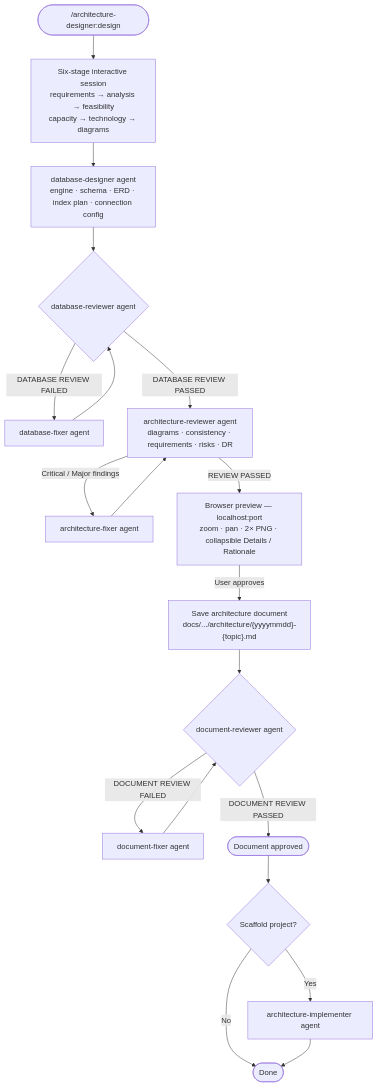
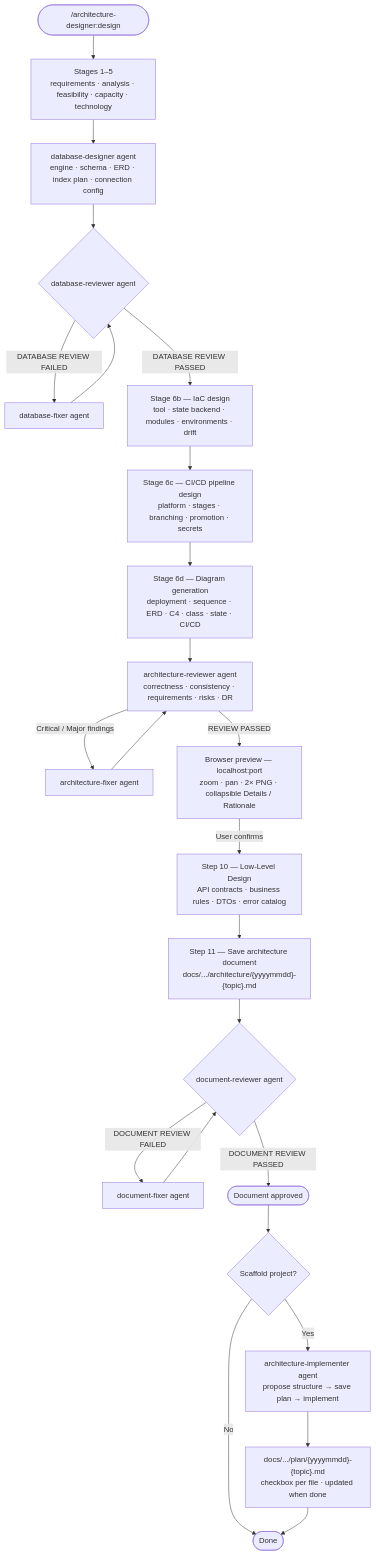
The diagram in architecture-designer/README.md (sembraniteam/claude-plugins), drawn with Mermaid before and after one commit. The commit also changed other lines of this file and 13 other files, not shown here.

````diff
--- a/architecture-designer/README.md
+++ b/architecture-designer/README.md
@@ -34,21 +46,26 @@
 ```mermaid
 flowchart TD
-    A([/architecture-designer:design]) --> B["Six-stage interactive session<br/>requirements → analysis → feasibility<br/>capacity → technology → diagrams"]
-    B --> C["database-designer agent<br/>engine · schema · ERD · index plan · connection config"]
-    C --> D{database-reviewer agent}
-    D -->|DATABASE REVIEW FAILED| E[database-fixer agent]
-    E --> D
-    D -->|DATABASE REVIEW PASSED| F["architecture-reviewer agent<br/>diagrams · consistency · requirements · risks · DR"]
-    F -->|Critical / Major findings| G[architecture-fixer agent]
-    G --> F
-    F -->|REVIEW PASSED| H["Browser preview — localhost:port<br/>zoom · pan · 2× PNG · collapsible Details / Rationale"]
-    H -->|User approves| I["Save architecture document<br/>docs/.../architecture/{yyyymmdd}-{topic}.md"]
-    I --> J{document-reviewer agent}
-    J -->|DOCUMENT REVIEW FAILED| K[document-fixer agent]
-    K --> J
-    J -->|DOCUMENT REVIEW PASSED| L([Document approved])
-    L --> M{Scaffold project?}
-    M -->|Yes| N[architecture-implementer agent]
-    M -->|No| O([Done])
-    N --> O
+    A([/architecture-designer:design]) --> Stages["Stages 1–5<br/>requirements · analysis · feasibility · capacity · technology"]
+    Stages --> DB["database-designer agent<br/>engine · schema · ERD · index plan · connection config"]
+    DB --> DBR{database-reviewer agent}
+    DBR -->|DATABASE REVIEW FAILED| DBF[database-fixer agent]
+    DBF --> DBR
+    DBR -->|DATABASE REVIEW PASSED| IaC["Stage 6b — IaC design<br/>tool · state backend · modules · environments · drift"]
+    IaC --> CICD["Stage 6c — CI/CD pipeline design<br/>platform · stages · branching · promotion · secrets"]
+    CICD --> Diag["Stage 6d — Diagram generation<br/>deployment · sequence · ERD · C4 · class · state · CI/CD"]
+    Diag --> AR["architecture-reviewer agent<br/>correctness · consistency · requirements · risks · DR"]
+    AR -->|Critical / Major findings| AF[architecture-fixer agent]
+    AF --> AR
+    AR -->|REVIEW PASSED| Preview["Browser preview — localhost:port<br/>zoom · pan · 2× PNG · collapsible Details / Rationale"]
+    Preview -->|User confirms| LLD["Step 10 — Low-Level Design<br/>API contracts · business rules · DTOs · error catalog"]
+    LLD --> Save["Step 11 — Save architecture document<br/>docs/.../architecture/{yyyymmdd}-{topic}.md"]
+    Save --> DR{document-reviewer agent}
+    DR -->|DOCUMENT REVIEW FAILED| DF[document-fixer agent]
+    DF --> DR
+    DR -->|DOCUMENT REVIEW PASSED| Approved([Document approved])
+    Approved --> Scaffold{Scaffold project?}
+    Scaffold -->|Yes| Impl["architecture-implementer agent<br/>propose structure → save plan → implement"]
+    Scaffold -->|No| Done([Done])
+    Impl --> Plan["docs/.../plan/{yyyymmdd}-{topic}.md<br/>checkbox per file · updated when done"]
+    Plan --> Done
 ```
````
